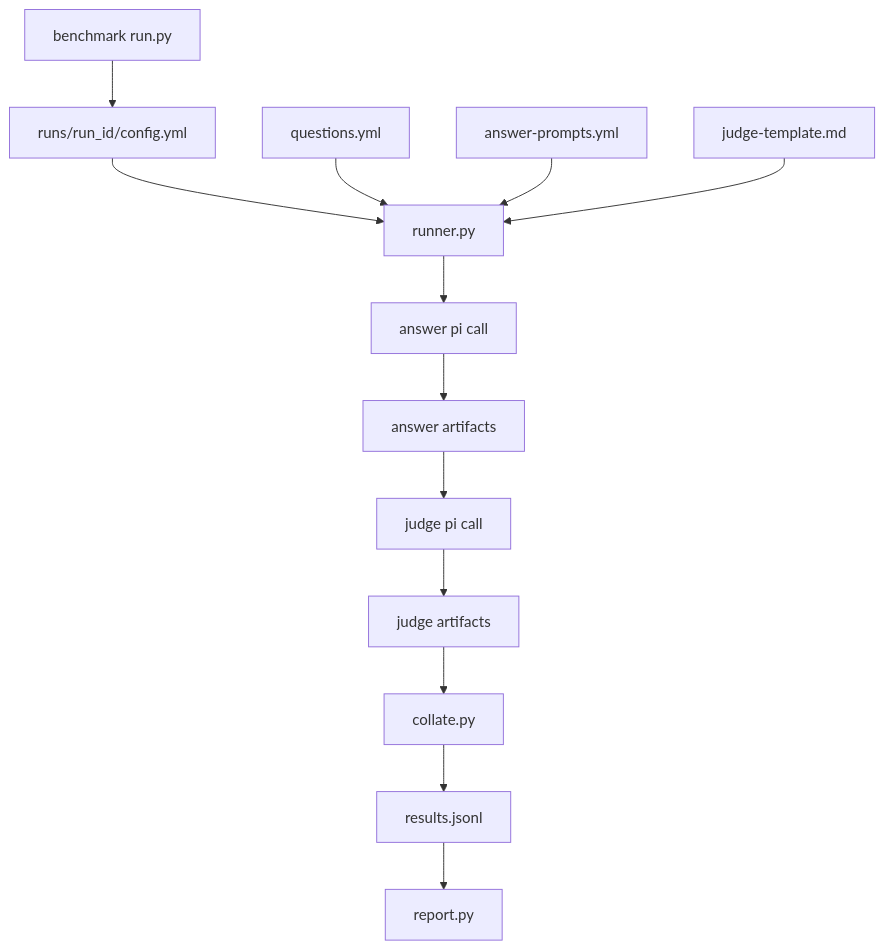
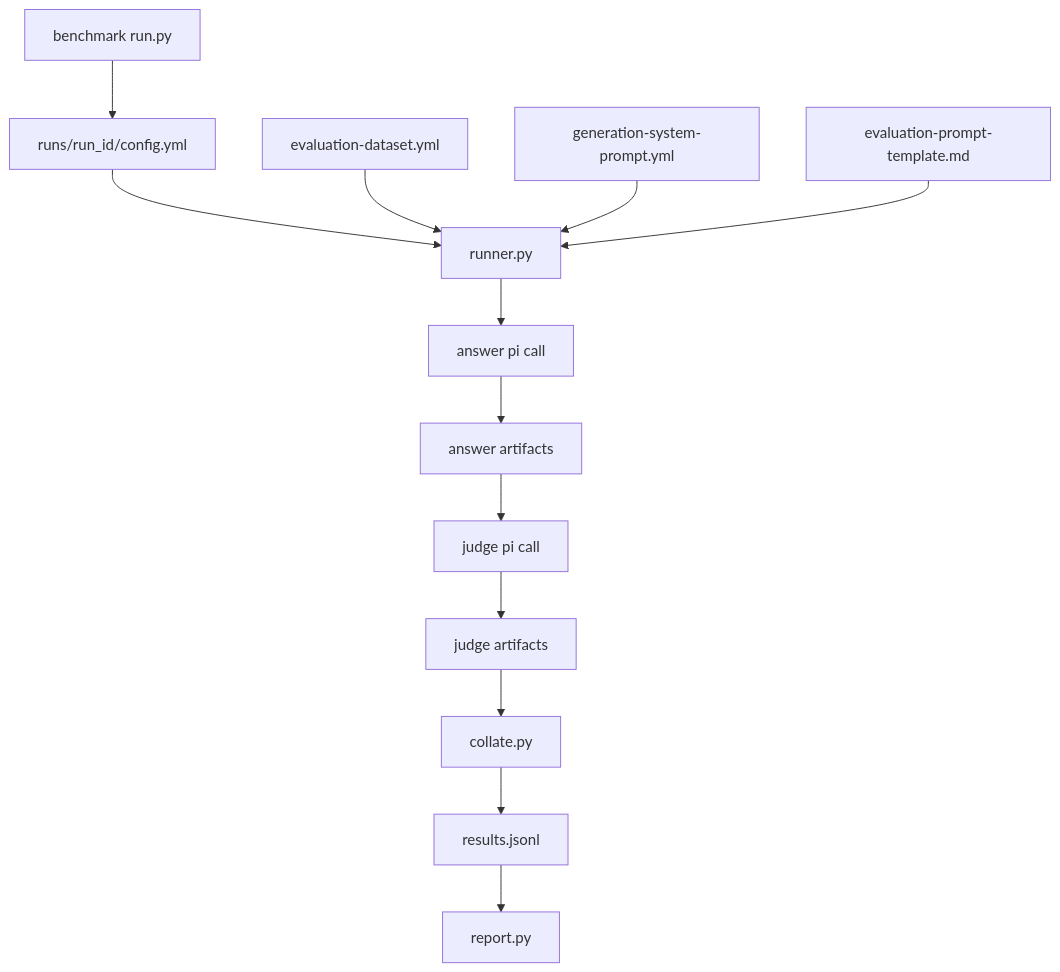
Before and after one commit to PlebeiusGaragicus/pi-bench: the diagram in docs/architecture.md, drawn with Mermaid. The commit also changed other lines of this file and 18 other files, not shown here.

````diff
--- a/docs/architecture.md
+++ b/docs/architecture.md
@@ -18,15 +20,15 @@
 ```mermaid
 flowchart TD
     launcher["benchmark run.py"] --> config["runs/run_id/config.yml"]
     config --> runner["runner.py"]
-    cases["questions.yml"] --> runner
-    prompts["answer-prompts.yml"] --> runner
-    judgeTemplate["judge-template.md"] --> runner
+    cases["evaluation-dataset.yml"] --> runner
+    prompts["generation-system-prompt.yml"] --> runner
+    judgeTemplate["evaluation-prompt-template.md"] --> runner
     runner --> answerCall["answer pi call"]
     answerCall --> answerArtifacts["answer artifacts"]
     answerArtifacts --> judgeCall["judge pi call"]
     judgeCall --> judgeArtifacts["judge artifacts"]
     judgeArtifacts --> parser["collate.py"]
     parser --> results["results.jsonl"]
     results --> report["report.py"]
 ```
````
